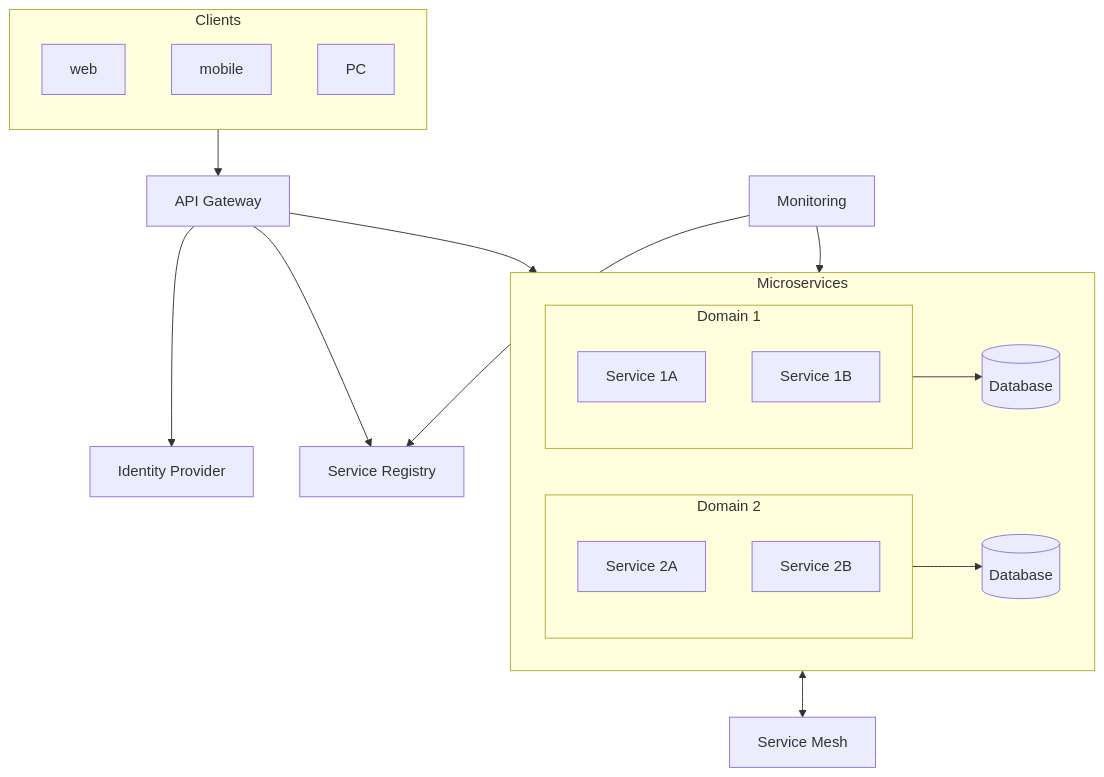
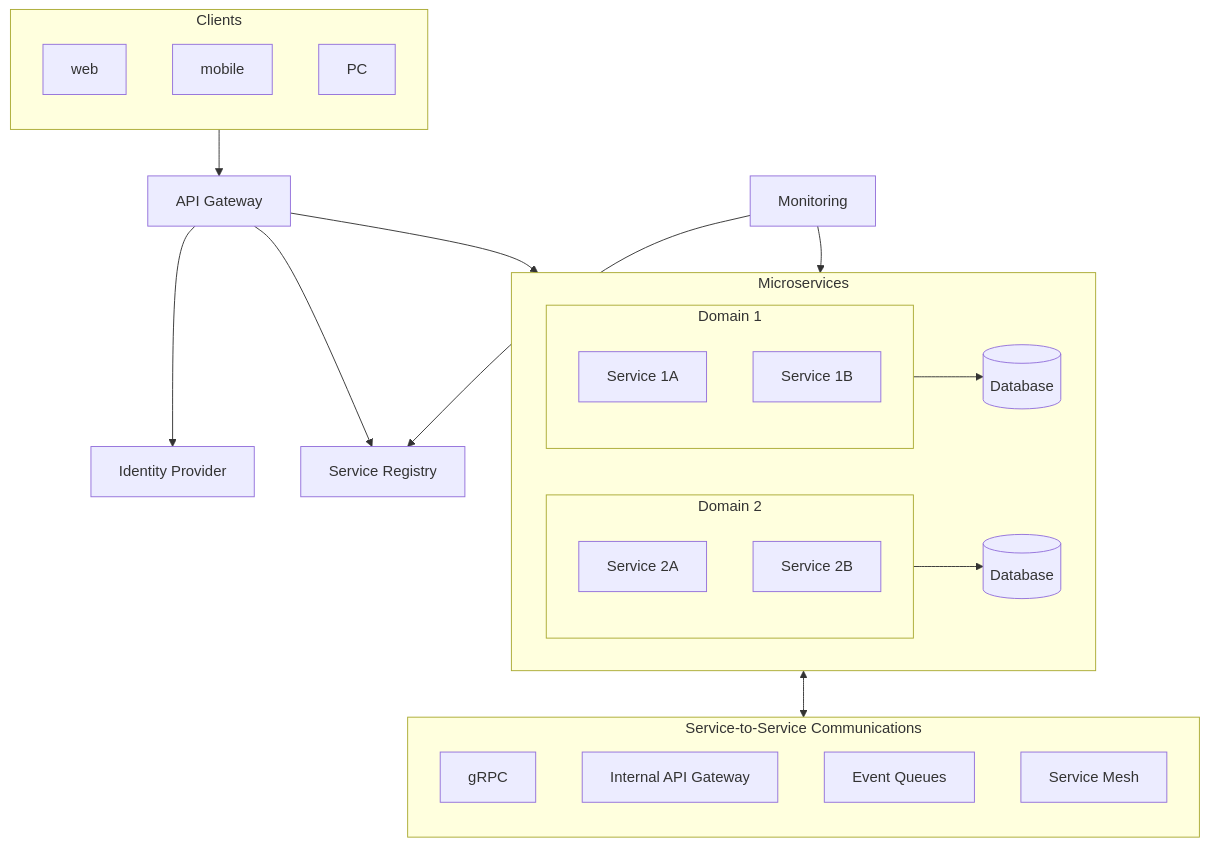
One commit to geksiong/gs-garden changed the diagram in tech/software/microservice-architecture.md. Above: the diagram before and after it, drawn with Mermaid.

````diff
--- a/tech/software/microservice-architecture.md
+++ b/tech/software/microservice-architecture.md
@@ -6,44 +6,50 @@
 ```mermaid
 flowchart
 
 subgraph clients[Clients]
   direction TB
   web
   mobile
   PC
 end
 
 api_gateway[API Gateway]
 
 clients --> api_gateway
 
 subgraph svcs[Microservices]
   direction LR
   subgraph dom1[Domain 1]
     svc1a[Service 1A]
     svc1b[Service 1B]
   end
 
   
   subgraph dom2[Domain 2]
     svc2a[Service 2A]
     svc2b[Service 2B]
   end
 
   
   dom1 --> db1[(Database)]
   dom2 --> db2[(Database)]
 end
 
-mesh[Service Mesh]
-svcs <--> mesh
+subgraph int_comms[Service-to-Service Communications]
+  direction TB
+  rpc[gRPC]
+  int_apigw[Internal API Gateway]
+  queue[Event Queues]
+  mesh[Service Mesh]
+end
+svcs <--> int_comms
 
 api_gateway --> svcs
 api_gateway --> idp[Identity Provider]
 api_gateway --> registry[Service Registry]
 
 monitor[Monitoring] --> svcs
 monitor --> registry[Service Registry]
 
 
 ```
````
